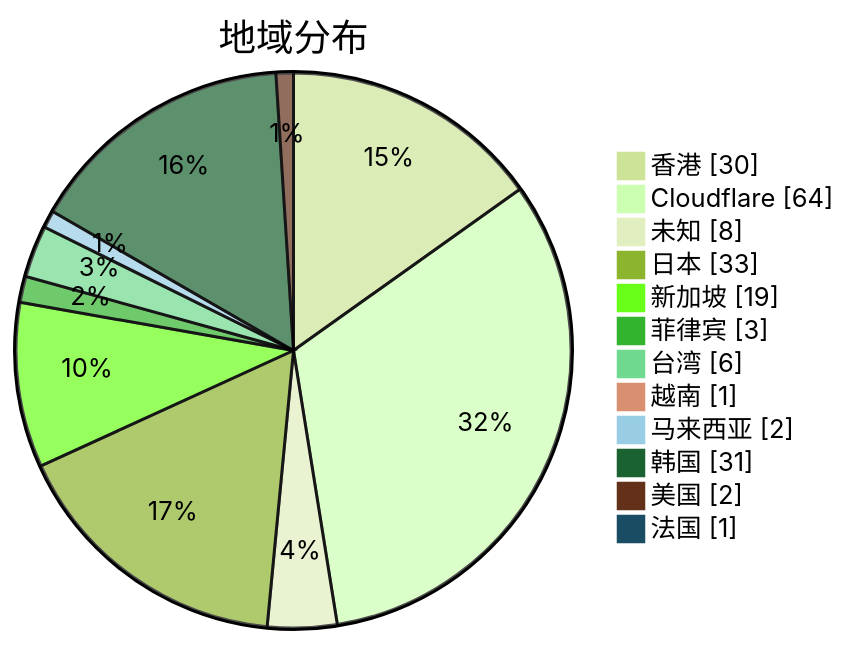
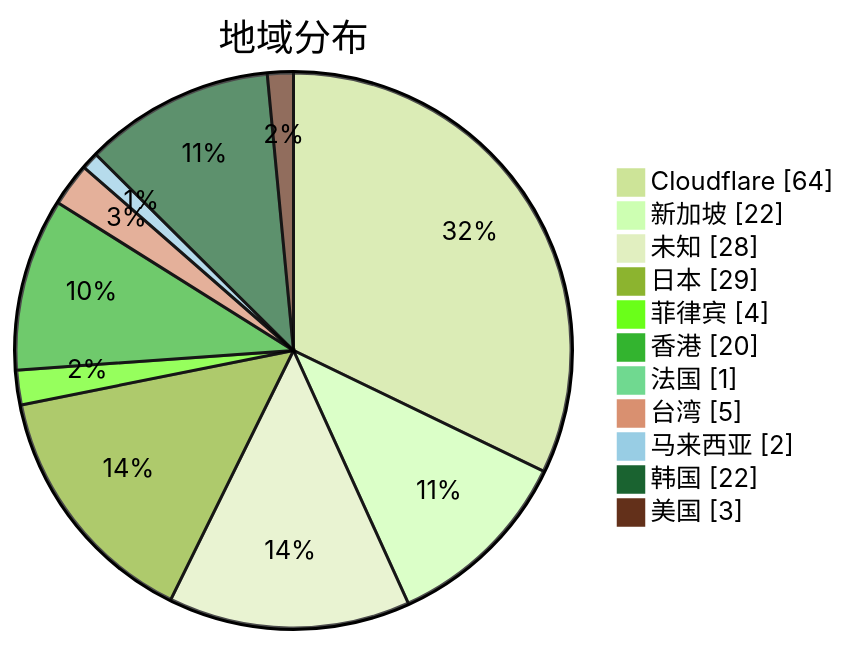
The second of 3 diagrams in subs/statistics/tested_within.md (qjlxg/airport), drawn with Mermaid (forest theme) before and after one commit. The commit also changed other lines of this file and 2 other files, not shown here.

````diff
--- a/subs/statistics/tested_within.md
+++ b/subs/statistics/tested_within.md
@@ -12,16 +12,15 @@
 ```mermaid
 pie showData
 title 地域分布
-"香港" : 30
 "Cloudflare" : 64
-"未知" : 8
-"日本" : 33
-"新加坡" : 19
-"菲律宾" : 3
-"台湾" : 6
-"越南" : 1
+"新加坡" : 22
+"未知" : 28
+"日本" : 29
+"菲律宾" : 4
+"香港" : 20
+"法国" : 1
+"台湾" : 5
 "马来西亚" : 2
-"韩国" : 31
-"美国" : 2
-"法国" : 1
+"韩国" : 22
+"美国" : 3
 ```
````
